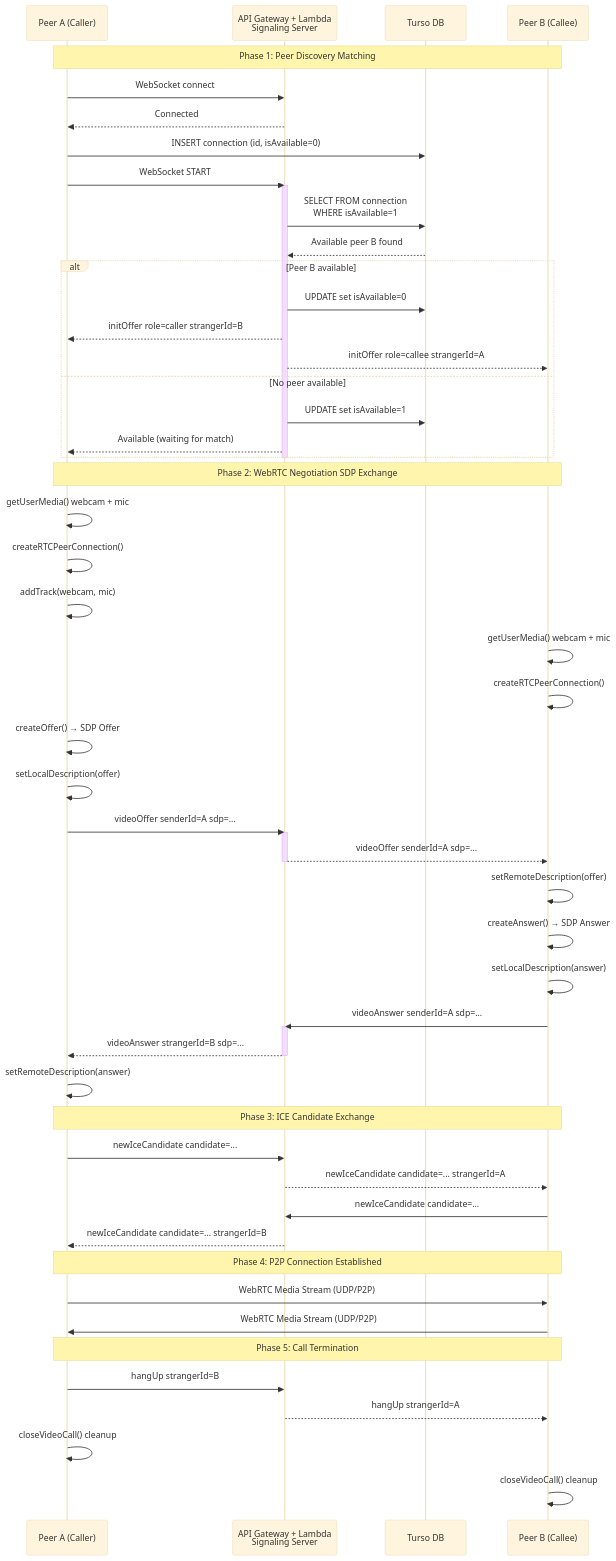
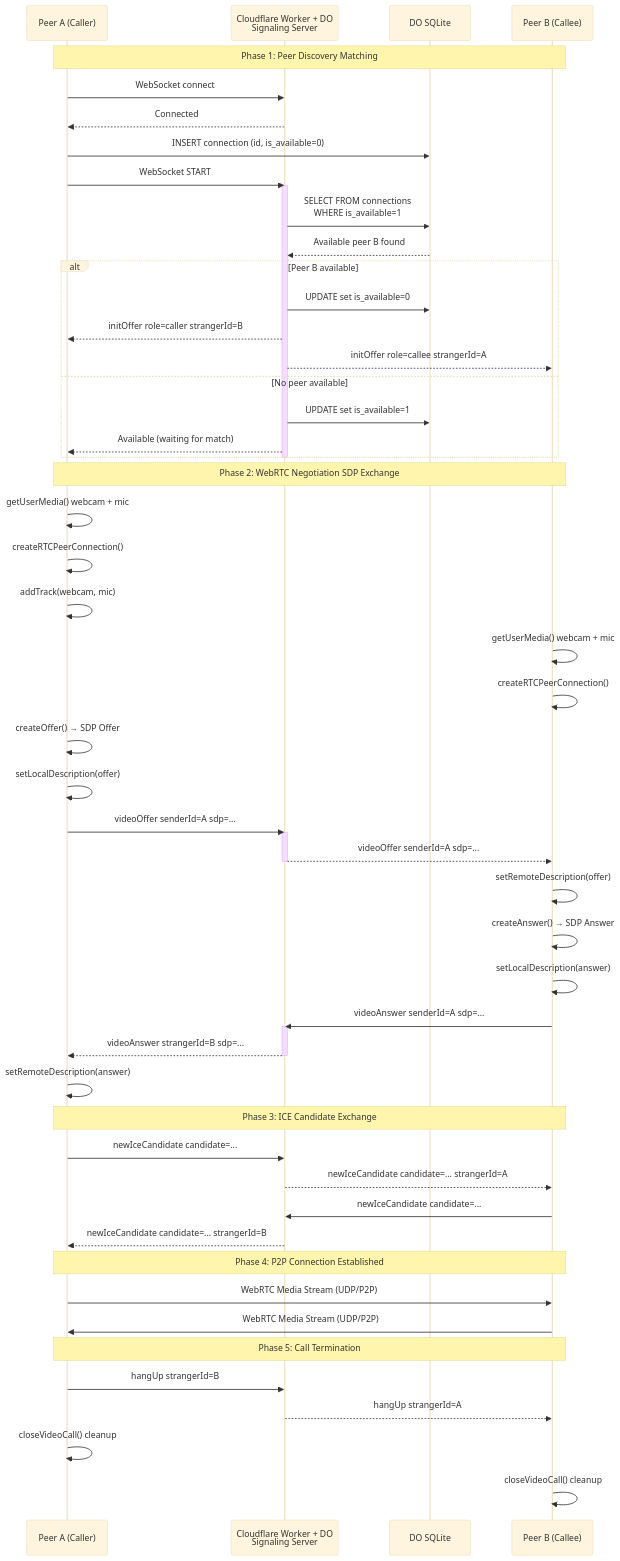
One commit to geraudi/video-chat-webrtc-poc changed the second of 2 diagrams in docs/flowchart.md. Above: the diagram before and after it, drawn with Mermaid (base theme). The commit also changed other lines of this file and 60 other files, not shown here.

````diff
--- a/docs/flowchart.md
+++ b/docs/flowchart.md
@@ -98,78 +98,78 @@
 ```mermaid
 sequenceDiagram
     participant A as Peer A (Caller)
-    participant GW as API Gateway + Lambda<br/>Signaling Server
-    participant DB as Turso DB
+    participant GW as Cloudflare Worker + DO<br/>Signaling Server
+    participant DB as DO SQLite
     participant B as Peer B (Callee)
 
     Note over A,B: Phase 1: Peer Discovery Matching
     
     A->>GW: WebSocket connect
     GW-->>A: Connected
     
-    A->>DB: INSERT connection (id, isAvailable=0)
+    A->>DB: INSERT connection (id, is_available=0)
     
     A->>GW: WebSocket START
     activate GW
-    GW->>DB: SELECT FROM connection<br/>WHERE isAvailable=1
+    GW->>DB: SELECT FROM connections<br/>WHERE is_available=1
     DB-->>GW: Available peer B found
     
     alt Peer B available
-        GW->>DB: UPDATE set isAvailable=0
+        GW->>DB: UPDATE set is_available=0
         GW-->>A: initOffer role=caller strangerId=B
         GW-->>B: initOffer role=callee strangerId=A
     else No peer available
-        GW->>DB: UPDATE set isAvailable=1
+        GW->>DB: UPDATE set is_available=1
         GW-->>A: Available (waiting for match)
     end
     deactivate GW
 
     Note over A,B: Phase 2: WebRTC Negotiation SDP Exchange
     
     A->>A: getUserMedia() webcam + mic
     A->>A: createRTCPeerConnection()
     A->>A: addTrack(webcam, mic)
     
     B->>B: getUserMedia() webcam + mic
     B->>B: createRTCPeerConnection()
 
     A->>A: createOffer() → SDP Offer
     A->>A: setLocalDescription(offer)
     
     A->>GW: videoOffer senderId=A sdp=...
     activate GW
     GW-->>B: videoOffer senderId=A sdp=...
     deactivate GW
 
     B->>B: setRemoteDescription(offer)
     B->>B: createAnswer() → SDP Answer
     B->>B: setLocalDescription(answer)
     
     B->>GW: videoAnswer senderId=A sdp=...
     activate GW
     GW-->>A: videoAnswer strangerId=B sdp=...
     deactivate GW
 
     A->>A: setRemoteDescription(answer)
     
     Note over A,B: Phase 3: ICE Candidate Exchange
     
     A->>GW: newIceCandidate candidate=...
     GW-->>B: newIceCandidate candidate=... strangerId=A
     
     B->>GW: newIceCandidate candidate=...
     GW-->>A: newIceCandidate candidate=... strangerId=B
 
     Note over A,B: Phase 4: P2P Connection Established
     
     A->>B: WebRTC Media Stream (UDP/P2P)
     B->>A: WebRTC Media Stream (UDP/P2P)
 
     Note over A,B: Phase 5: Call Termination
     
     A->>GW: hangUp strangerId=B
     GW-->>B: hangUp strangerId=A
     
     A->>A: closeVideoCall() cleanup
     B->>B: closeVideoCall() cleanup
 ```
````
